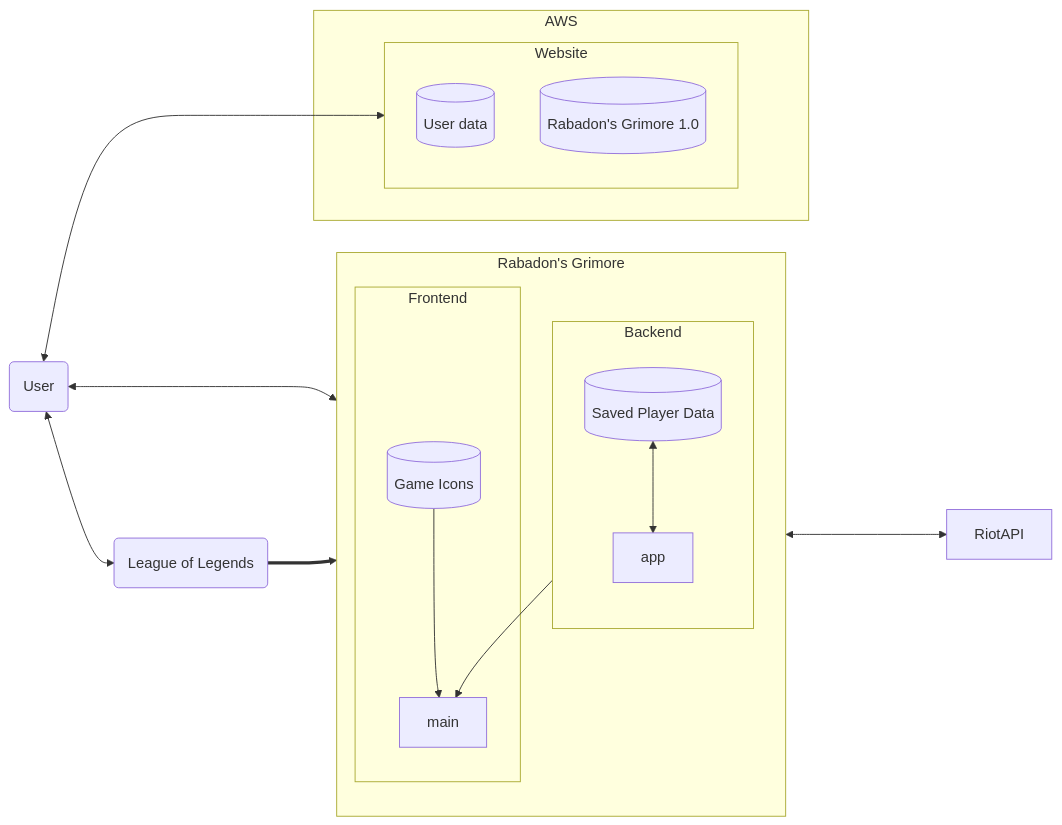
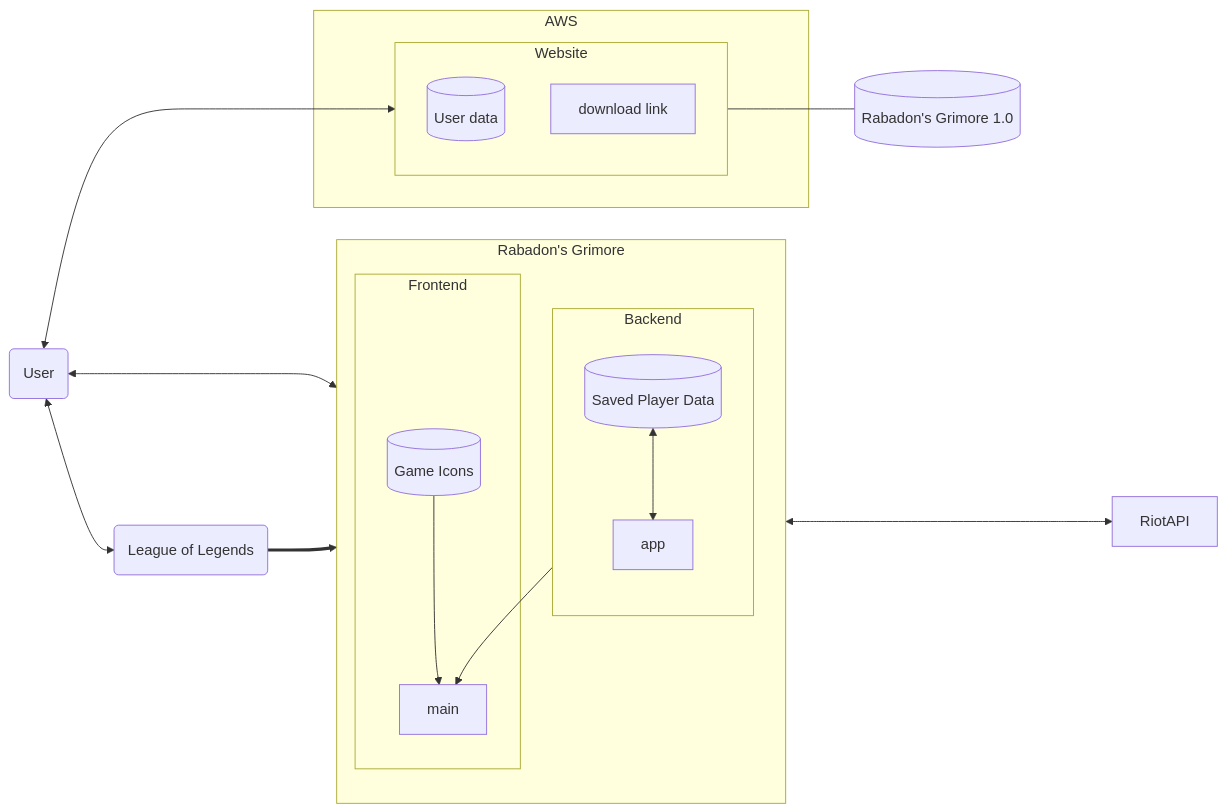
One commit to Hunter-Grimes/Rabadon-s-Grimoire changed the diagram in Doc/Technical.md. Above: the diagram before and after it, drawn with Mermaid. The commit also changed 2 other files, not shown here.

````diff
--- a/Doc/Technical.md
+++ b/Doc/Technical.md
@@ -18,30 +18,31 @@
 ```mermaid
 graph LR;
     A(User)<--->C;
     A<-->B(League of Legends)==>C;
     A<--->Website;
     subgraph C[Rabadon's Grimore];
         direction TB;
         Backend
         Frontend
     end
     subgraph Backend;
     direction TB;
     id1[(Saved Player Data)]<-->app
     end
     app-->id2
     subgraph Frontend;
     id2[main]
     id3[(Game Icons)];
     id3-->id2;
     end
     subgraph Website;
     direction TB;
     id4[(User data)];
-    id5[(Rabadon's Grimore 1.0)];
+    id6[download link];
     end
     C<---->RiotAPI;
+    id6---id5[(Rabadon's Grimore 1.0)];
     subgraph AWS
     Website;
     end;
 ``` 
````
